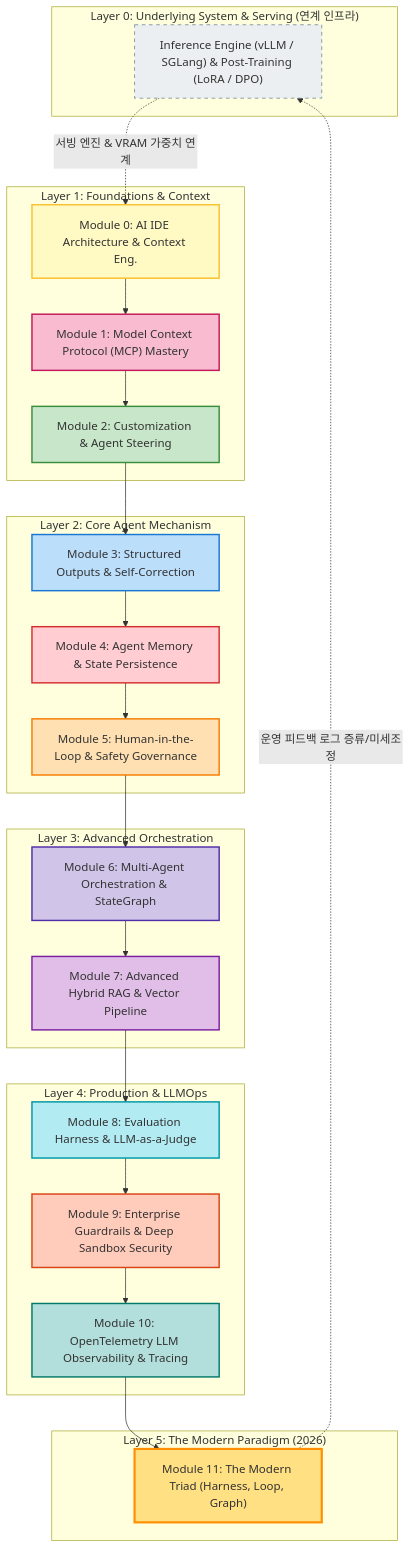
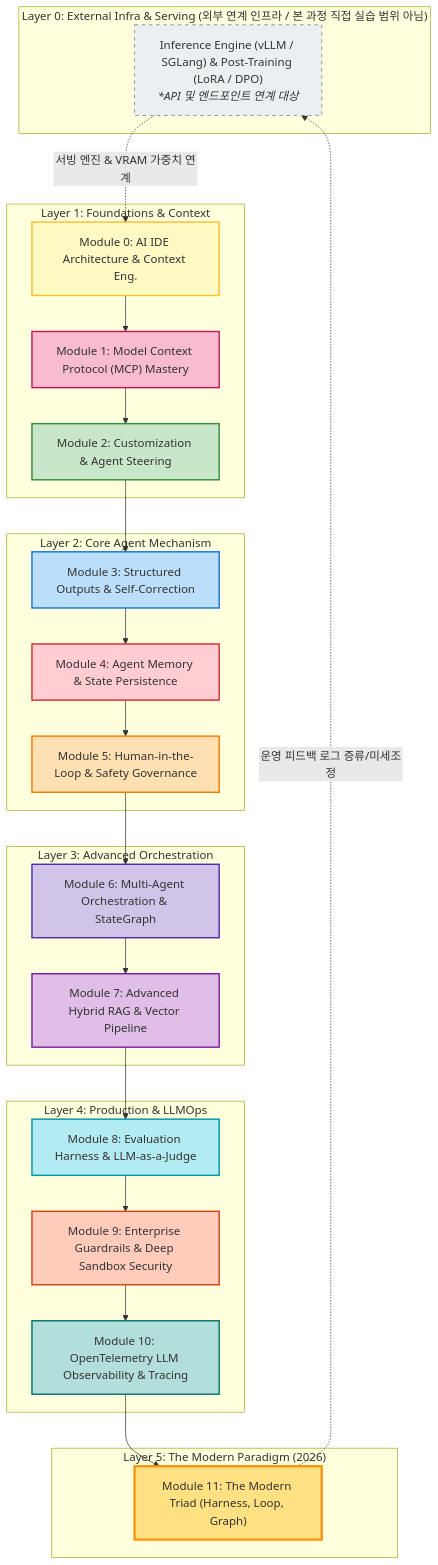
Before and after one commit to eooiea/AI-Engineering: the diagram in README.md, drawn with Mermaid. The commit also changed other lines of this file and 1 other file, not shown here.

Commit message:
docs: Layer 0를 외부 연계 인프라로 명확히 분리하고 본 과정의 5대 핵심 계층 표기 정립

````diff
--- a/README.md
+++ b/README.md
@@ -21,51 +22,51 @@
 ```mermaid
 graph TD
-    subgraph "Layer 0: Underlying System & Serving (연계 인프라)"
-        L0["Inference Engine (vLLM / SGLang) & Post-Training (LoRA / DPO)"]
+    subgraph "Layer 0: External Infra & Serving (외부 연계 인프라 / 본 과정 직접 실습 범위 아님)"
+        L0["Inference Engine (vLLM / SGLang) & Post-Training (LoRA / DPO)<br/><i>*API 및 엔드포인트 연계 대상</i>"]
     end
 
     subgraph "Layer 1: Foundations & Context"
         M0["Module 0: AI IDE Architecture & Context Eng."]
         M1["Module 1: Model Context Protocol (MCP) Mastery"]
         M2["Module 2: Customization & Agent Steering"]
     end
     
     subgraph "Layer 2: Core Agent Mechanism"
         M3["Module 3: Structured Outputs & Self-Correction"]
         M4["Module 4: Agent Memory & State Persistence"]
         M5["Module 5: Human-in-the-Loop & Safety Governance"]
     end
     
     subgraph "Layer 3: Advanced Orchestration"
         M6["Module 6: Multi-Agent Orchestration & StateGraph"]
         M7["Module 7: Advanced Hybrid RAG & Vector Pipeline"]
     end
     
     subgraph "Layer 4: Production & LLMOps"
         M8["Module 8: Evaluation Harness & LLM-as-a-Judge"]
         M9["Module 9: Enterprise Guardrails & Deep Sandbox Security"]
         M10["Module 10: OpenTelemetry LLM Observability & Tracing"]
     end
 
     subgraph "Layer 5: The Modern Paradigm (2026)"
         M11["Module 11: The Modern Triad (Harness, Loop, Graph)"]
     end
 
     L0 -.->|서빙 엔진 & VRAM 가중치 연계| M0
     M0 --> M1 --> M2 --> M3 --> M4 --> M5 --> M6 --> M7 --> M8 --> M9 --> M10 --> M11
     M11 -.->|운영 피드백 로그 증류/미세조정| L0
 
     style L0 fill:#eceff1,stroke:#607d8b,stroke-dasharray: 5 5
     style M0 fill:#fff9c4,stroke:#fbc02d,stroke-width:2px
     style M1 fill:#f8bbd0,stroke:#c2185b,stroke-width:2px
     style M2 fill:#c8e6c9,stroke:#388e3c,stroke-width:2px
     style M3 fill:#bbdefb,stroke:#1976d2,stroke-width:2px
     style M4 fill:#ffcdd2,stroke:#d32f2f,stroke-width:2px
     style M5 fill:#ffe0b2,stroke:#f57c00,stroke-width:2px
     style M6 fill:#d1c4e9,stroke:#512da8,stroke-width:2px
     style M7 fill:#e1bee7,stroke:#7b1fa2,stroke-width:2px
     style M8 fill:#b2ebf2,stroke:#0097a7,stroke-width:2px
     style M9 fill:#ffccbc,stroke:#d84315,stroke-width:2px
     style M10 fill:#b2dfdb,stroke:#00796b,stroke-width:2px
     style M11 fill:#ffe082,stroke:#ff8f00,stroke-width:3px
 ```
````
